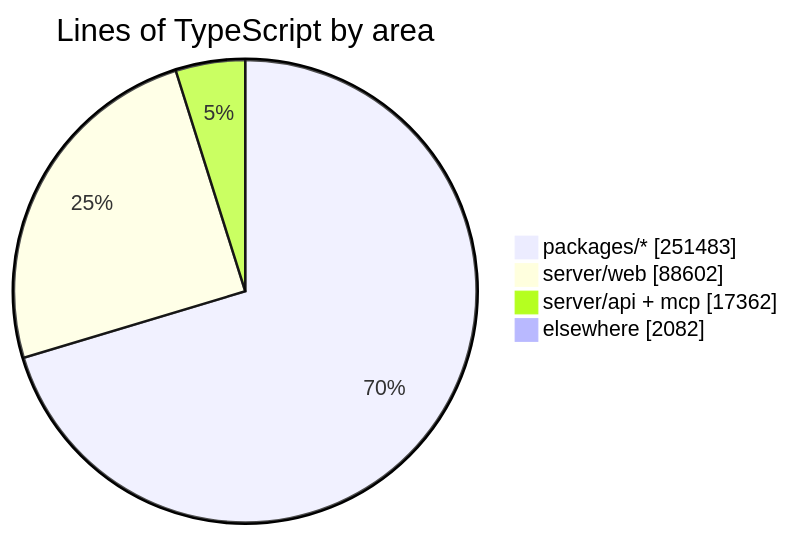
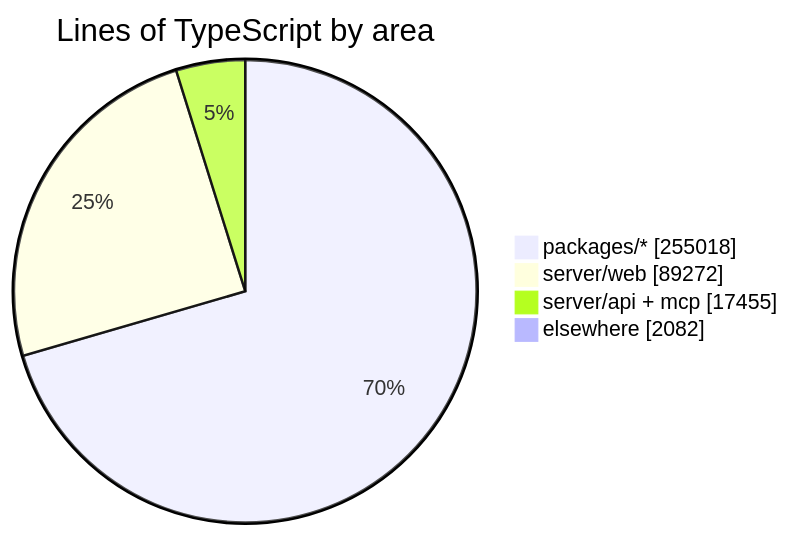
The diagram in README.md (crossworks-engineering/mantle), drawn with Mermaid before and after one commit. The commit also changed other lines of this file and 2 other files, not shown here.

````diff
--- a/README.md
+++ b/README.md
@@ -287,7 +287,7 @@
 ```mermaid
 pie showData title Lines of TypeScript by area
-    "packages/*" : 251483
-    "server/web" : 88602
-    "server/api + mcp" : 17362
+    "packages/*" : 255018
+    "server/web" : 89272
+    "server/api + mcp" : 17455
     "elsewhere" : 2082
 ```
````
